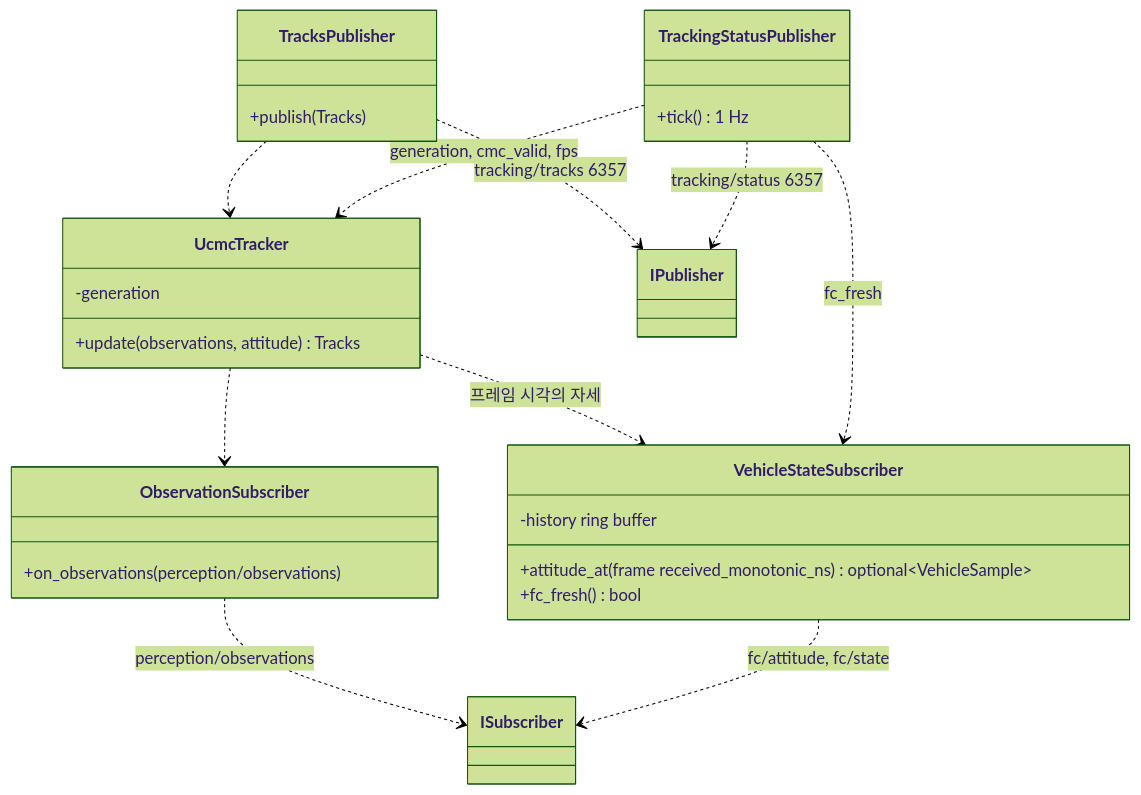
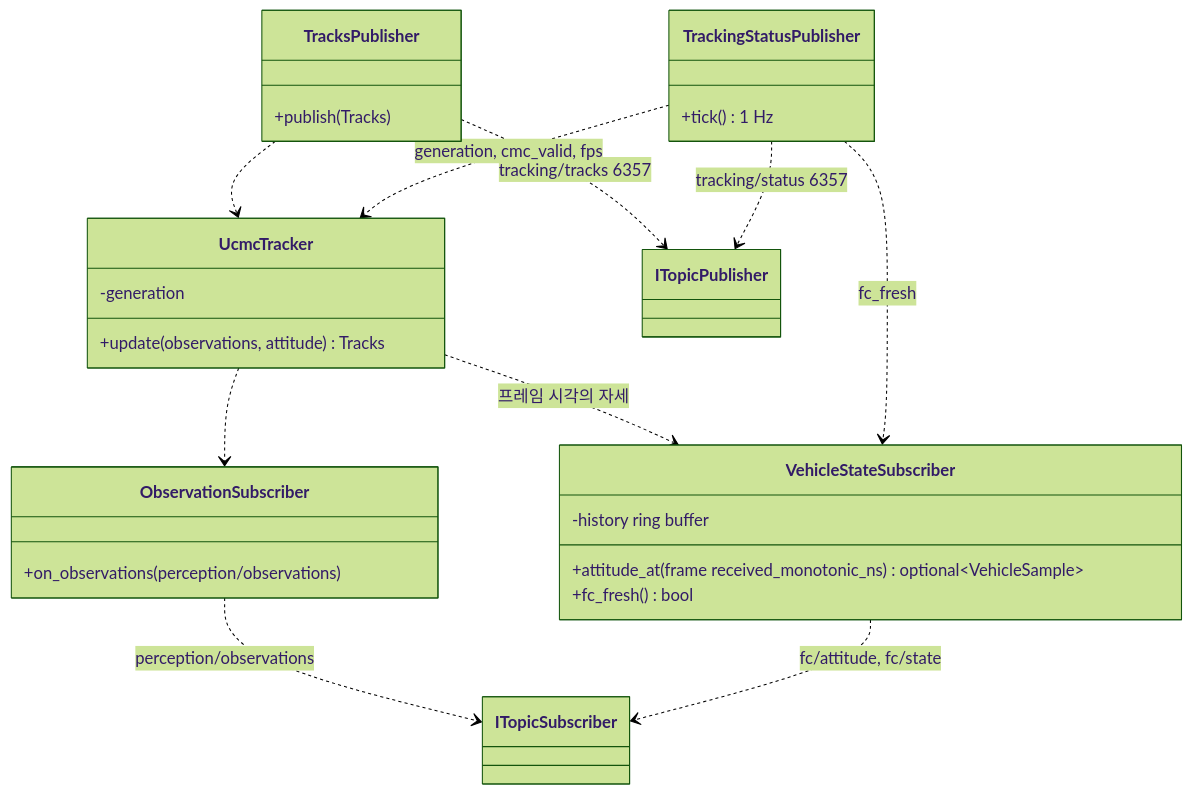
Before and after one commit to lig-argus/argus-edge-vision: the diagram in docs/design/uml/class_tracker.md, drawn with Mermaid (forest theme). The commit also changed other lines of this file and 7 other files, not shown here.

````diff
--- a/docs/design/uml/class_tracker.md
+++ b/docs/design/uml/class_tracker.md
@@ -9,30 +9,30 @@
 ```mermaid
 classDiagram
     class ObservationSubscriber {
         +on_observations(perception/observations)
     }
     class VehicleStateSubscriber {
         -history ring buffer
         +attitude_at(frame received_monotonic_ns) optional~VehicleSample~
         +fc_fresh() bool
     }
     class UcmcTracker {
         -generation
         +update(observations, attitude) Tracks
     }
     class TracksPublisher {
         +publish(Tracks)
     }
     class TrackingStatusPublisher {
         +tick() 1 Hz
     }
-    ObservationSubscriber ..> ISubscriber : perception/observations
-    VehicleStateSubscriber ..> ISubscriber : fc/attitude, fc/state
+    ObservationSubscriber ..> ITopicSubscriber : perception/observations
+    VehicleStateSubscriber ..> ITopicSubscriber : fc/attitude, fc/state
     UcmcTracker ..> ObservationSubscriber
     UcmcTracker ..> VehicleStateSubscriber : 프레임 시각의 자세
     TracksPublisher ..> UcmcTracker
-    TracksPublisher ..> IPublisher : tracking/tracks 6357
+    TracksPublisher ..> ITopicPublisher : tracking/tracks 6357
     TrackingStatusPublisher ..> UcmcTracker : generation, cmc_valid, fps
     TrackingStatusPublisher ..> VehicleStateSubscriber : fc_fresh
-    TrackingStatusPublisher ..> IPublisher : tracking/status 6357
+    TrackingStatusPublisher ..> ITopicPublisher : tracking/status 6357
 ```
````
